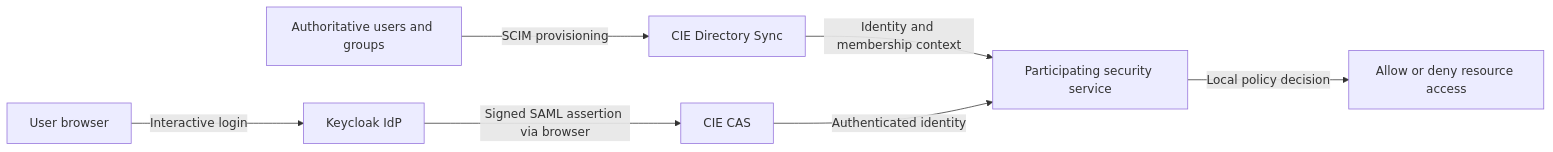
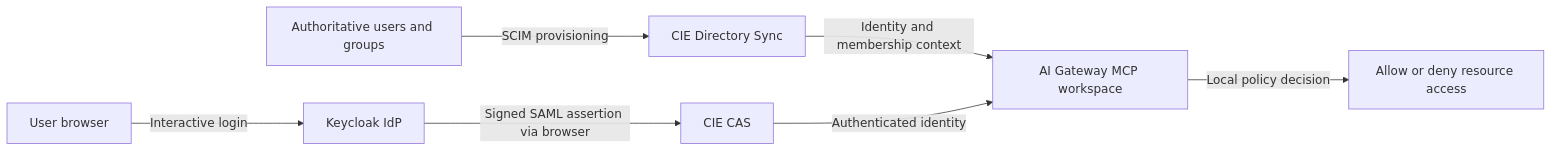
Before and after one commit to cdot65/prisma-airs-reference-architecture: the first of 2 diagrams in docs/cie.md, drawn with Mermaid. The commit also changed other lines of this file and 15 other files, not shown here.

Commit message:
Align all lessons and labs with required gateway MCP and alpha14 status

````diff
--- a/docs/cie.md
+++ b/docs/cie.md
@@ -15,11 +15,11 @@
 ```mermaid
 flowchart LR
     accTitle: CIE directory and authentication roles
     accDescr: SCIM provisioning supplies directory users and groups. Keycloak SAML authentication supplies a verified identity through CAS. The consuming service applies policy.
     directorySource["Authoritative users and groups"] -->|"SCIM provisioning"| cieDirectory["CIE Directory Sync"]
     browser["User browser"] -->|"Interactive login"| idp["Keycloak IdP"]
     idp -->|"Signed SAML assertion via browser"| cas["CIE CAS"]
-    cieDirectory -->|"Identity and membership context"| consumer["Participating security service"]
+    cieDirectory -->|"Identity and membership context"| consumer["AI Gateway MCP workspace"]
     cas -->|"Authenticated identity"| consumer
     consumer -->|"Local policy decision"| outcome["Allow or deny resource access"]
 ```
````
